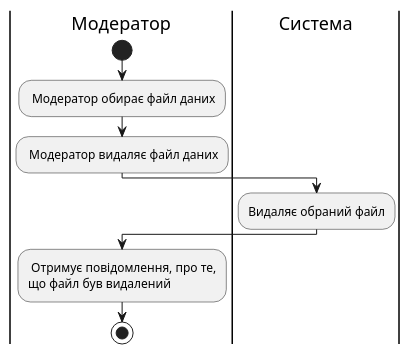
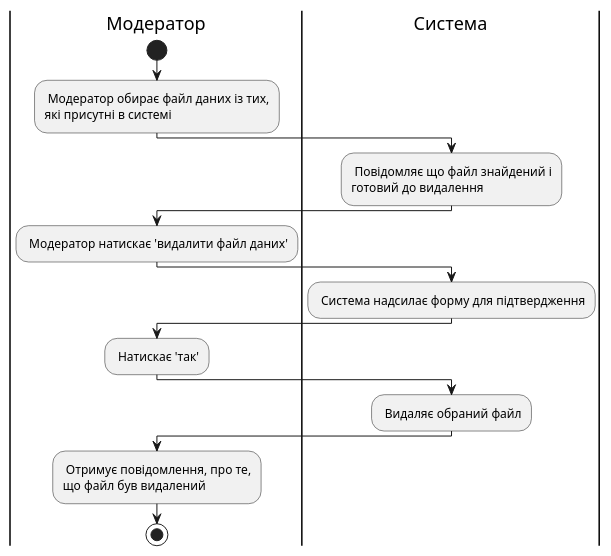
Before and after one commit to KarmazinN/db_open_data: the diagram in src/uml/UC_5.1.puml, drawn with PlantUML.

```diff
--- a/src/uml/UC_5.1.puml
+++ b/src/uml/UC_5.1.puml
@@ -1,24 +1,37 @@
 @startuml EditAction
 
 
 skinparam	shadowing false
 skinparam Note {
 	BackgroundColor #f85658
 	FontColor #ffffff
 }
 
 
 |Модератор|
 start
-: Модератор обирає файл даних;
-: Модератор видаляє файл даних;
+: Модератор обирає файл даних із тих,
+які присутні в системі;
 
 |Система|
-:Видаляє обраний файл;
+: Повідомляє що файл знайдений і
+готовий до видалення;
+
+|Модератор|
+: Модератор натискає 'видалити файл даних';
+
+|Система|
+: Система надсилає форму для підтвердження; 
+
+|Модератор|
+: Натискає 'так';
+
+|Система|
+: Видаляє обраний файл;
 
 |Модератор|
 : Отримує повідомлення, про те,
 що файл був видалений;
 
 stop;
 @enduml
```
